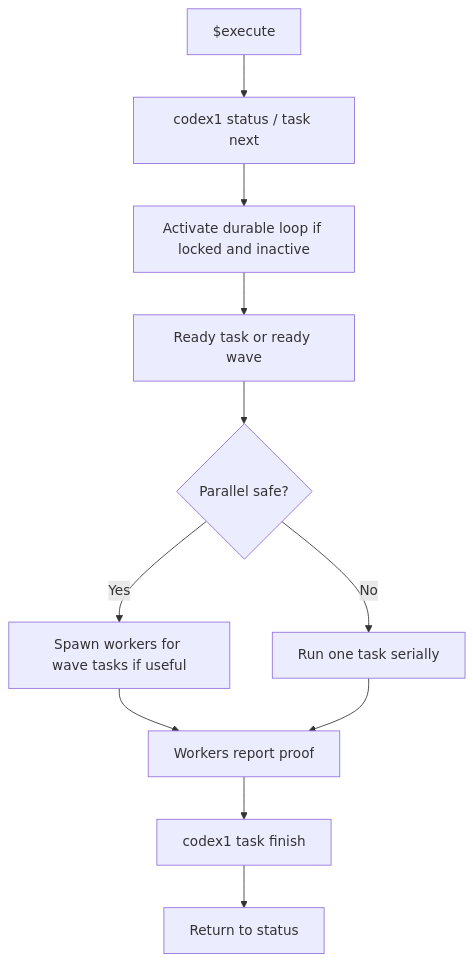
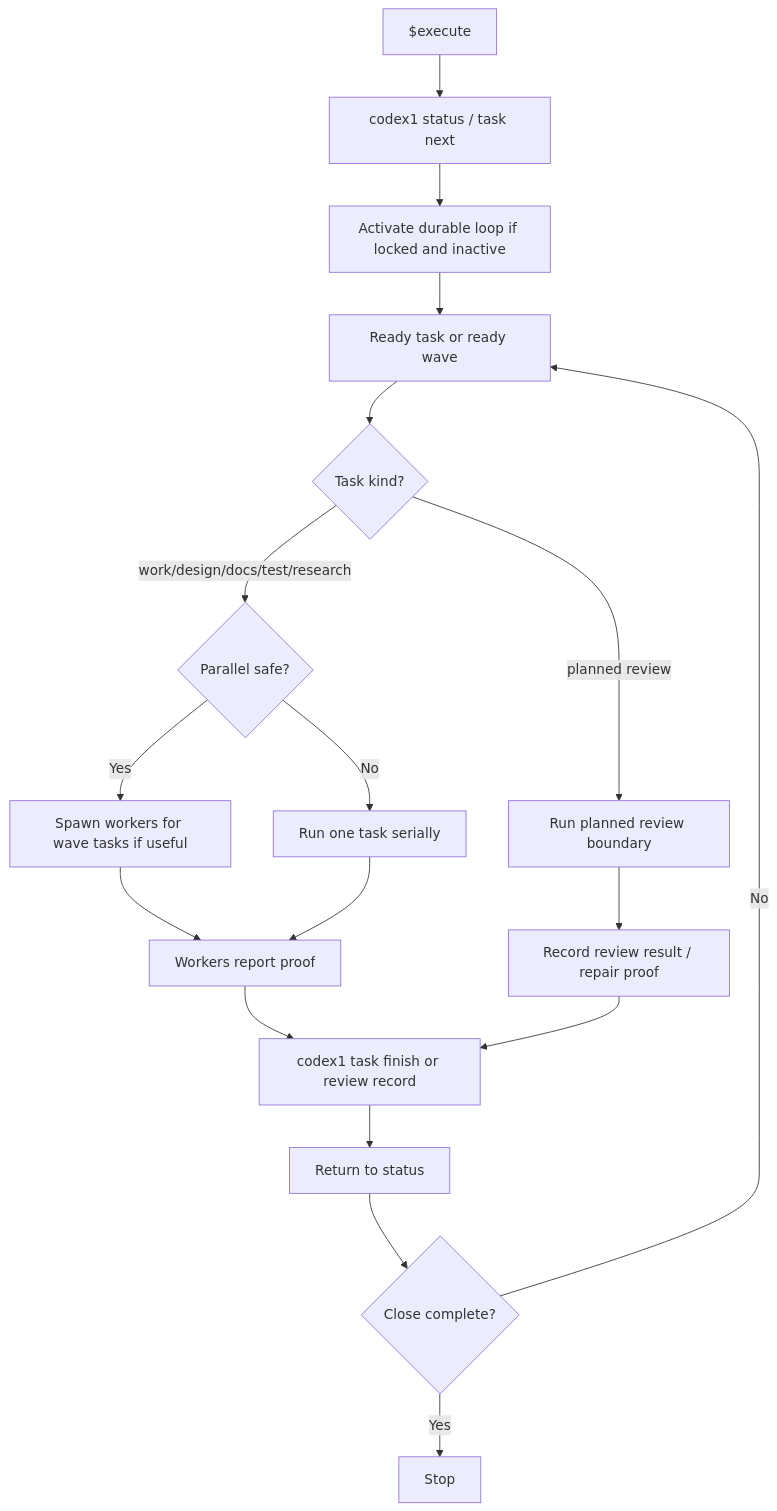
One commit to JoelEmanuelNilsson/codex1 changed the fourth of 7 diagrams in docs/codex1-rebuild-handoff/01-product-flow.md. Above: the diagram before and after it, drawn with Mermaid. The commit also changed other lines of this file and 10 other files, not shown here.

````diff
--- a/docs/codex1-rebuild-handoff/01-product-flow.md
+++ b/docs/codex1-rebuild-handoff/01-product-flow.md
@@ -222,13 +254,20 @@
 ```mermaid
 flowchart TD
     Start["$execute"] --> Status["codex1 status / task next"]
     Status --> Activate["Activate durable loop if locked and inactive"]
     Activate --> Ready["Ready task or ready wave"]
-    Ready --> Safe{"Parallel safe?"}
+    Ready --> Kind{"Task kind?"}
+    Kind -->|planned review| ReviewBoundary["Run planned review boundary"]
+    Kind -->|work/design/docs/test/research| Safe{"Parallel safe?"}
     Safe -->|Yes| Workers["Spawn workers for wave tasks if useful"]
     Safe -->|No| Single["Run one task serially"]
+    ReviewBoundary --> ReviewProof["Record review result / repair proof"]
     Workers --> Proof["Workers report proof"]
     Single --> Proof
-    Proof --> Finish["codex1 task finish"]
+    Proof --> Finish["codex1 task finish or review record"]
+    ReviewProof --> Finish
     Finish --> Next["Return to status"]
+    Next --> Done{"Close complete?"}
+    Done -->|No| Ready
+    Done -->|Yes| Stop["Stop"]
 ```
````
